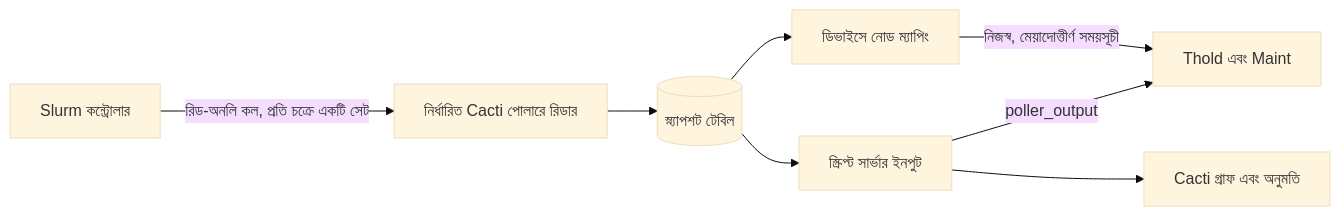
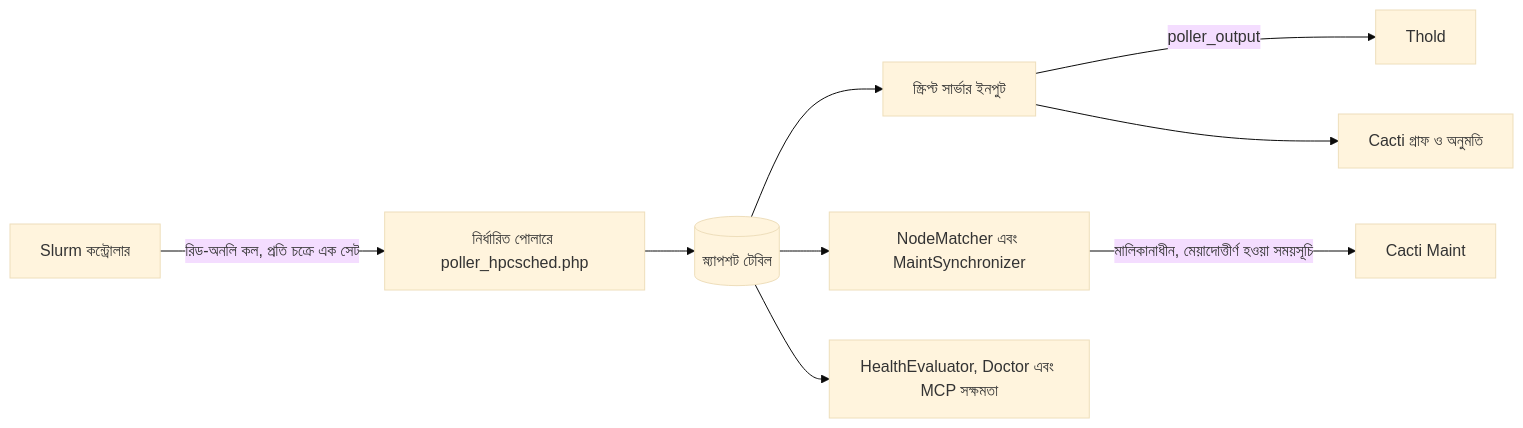
Before and after one commit to somethingwithproof/plugin_hpcsched: the diagram in docs/i18n/bn-BD/README.md, drawn with Mermaid (base theme). The commit also changed other lines of this file and 48 other files, not shown here.

````diff
--- a/docs/i18n/bn-BD/README.md
+++ b/docs/i18n/bn-BD/README.md
@@ -109,10 +163,11 @@
 ```mermaid
 flowchart LR
-    S[Slurm কন্ট্রোলার] -->|রিড-অনলি কল, প্রতি চক্রে একটি সেট| R[নির্ধারিত Cacti পোলারে রিডার]
+    S[Slurm কন্ট্রোলার] -->|রিড-অনলি কল, প্রতি চক্রে এক সেট| R[নির্ধারিত পোলারে poller_hpcsched.php]
     R --> SNAP[(স্ন্যাপশট টেবিল)]
     SNAP --> SS[স্ক্রিপ্ট সার্ভার ইনপুট]
-    SS -->|poller_output| T[Thold এবং Maint]
-    SS --> G[Cacti গ্রাফ এবং অনুমতি]
-    SNAP --> MAP[ডিভাইসে নোড ম্যাপিং]
-    MAP -->|নিজস্ব, মেয়াদোত্তীর্ণ সময়সূচী| T
+    SS -->|poller_output| T[Thold]
+    SS --> G[Cacti গ্রাফ ও অনুমতি]
+    SNAP --> MAP[NodeMatcher এবং MaintSynchronizer]
+    MAP -->|মালিকানাধীন, মেয়াদোত্তীর্ণ হওয়া সময়সূচি| M[Cacti Maint]
+    SNAP --> H[HealthEvaluator, Doctor এবং MCP সক্ষমতা]
 ```
````
